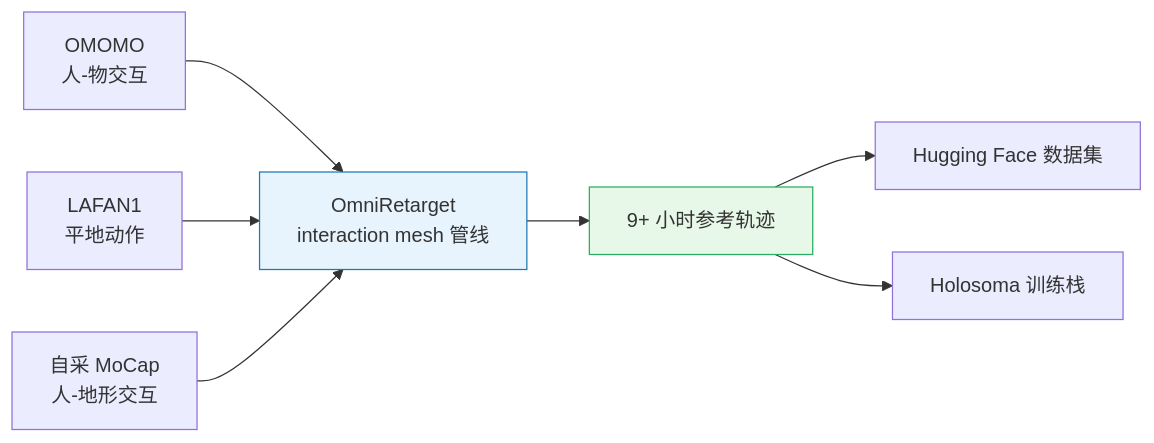
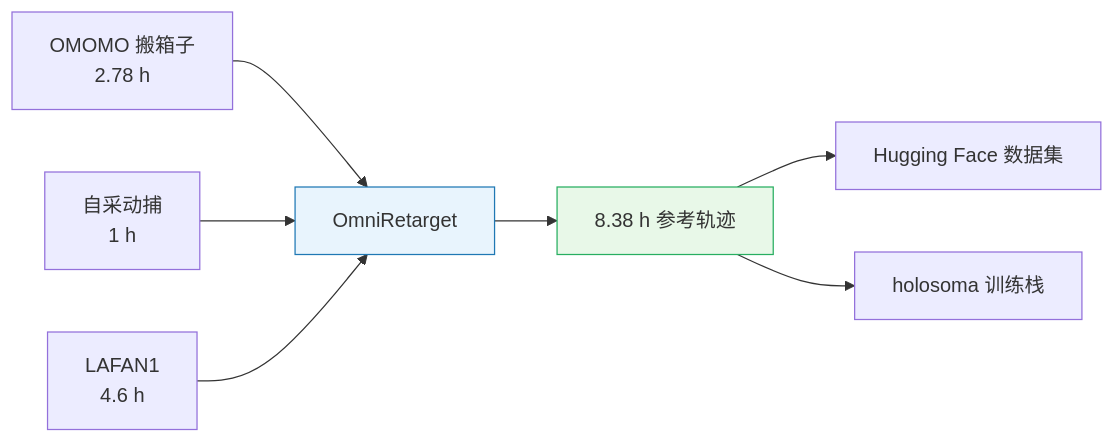
The fifth of 6 diagrams in papers/02_Motion_Retargeting/OmniRetarget__Interaction-Preserving_Data_Generation_for_Humanoid_Whole-Body_Loc/OmniRetarget__Interaction-Preserving_Data_Generation_for_Humanoid_Whole-Body_Loc.md (ImChong/Robot_Learning_Paper_Notebooks), drawn with Mermaid before and after one commit. The commit also changed other lines of this file, not shown here.

First line of the commit message:
docs(OmniRetarget): 笔记对照 arXiv v3 与 holosoma 代码重写，具体实例换成复现实验的数

```diff
--- a/papers/02_Motion_Retargeting/OmniRetarget__Interaction-Preserving_Data_Generation_for_Humanoid_Whole-Body_Loc/OmniRetarget__Interaction-Preserving_Data_Generation_for_Humanoid_Whole-Body_Loc.md
+++ b/papers/02_Motion_Retargeting/OmniRetarget__Interaction-Preserving_Data_Generation_for_Humanoid_Whole-Body_Loc/OmniRetarget__Interaction-Preserving_Data_Generation_for_Humanoid_Whole-Body_Loc.md
@@ -756,12 +523,12 @@
 <div class="mermaid">
 flowchart LR
-    OMOMO["OMOMO<br/>人-物交互"] --> RET["OmniRetarget<br/>interaction mesh 管线"]
-    LAFAN["LAFAN1<br/>平地动作"] --> RET
-    MOCAP["自采 MoCap<br/>人-地形交互"] --> RET
-    RET --> DS["9+ 小时参考轨迹"]
+    OMOMO["OMOMO 搬箱子<br/>2.78 h"] --> RET["OmniRetarget"]
+    MOCAP["自采动捕<br/>1 h"] --> RET
+    LAFAN["LAFAN1<br/>4.6 h"] --> RET
+    RET --> DS["8.38 h 参考轨迹"]
     DS --> HF["Hugging Face 数据集"]
-    DS --> HS["Holosoma 训练栈"]
+    DS --> HS["holosoma 训练栈"]
 
     style RET fill:#e8f4fd,stroke:#1f78b4
     style DS fill:#e8f8e8,stroke:#27ae60
 </div>
```
